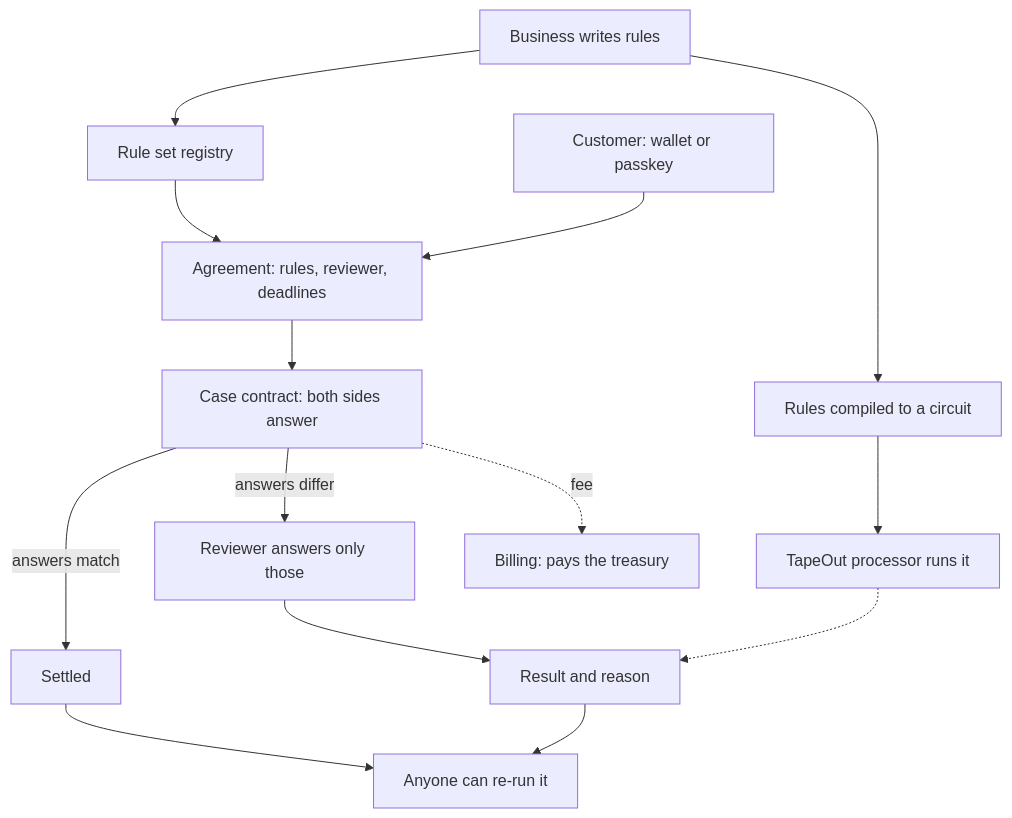
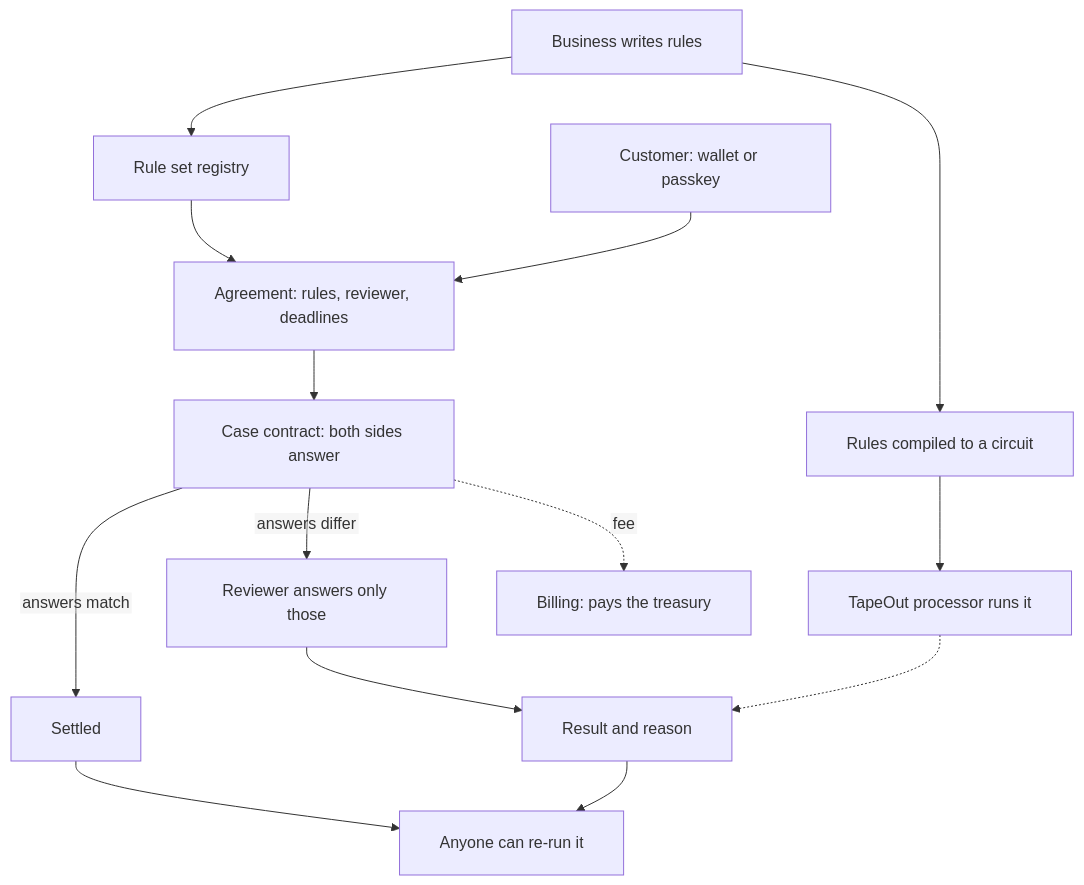
Before and after one commit to samuel025/Lgtie: the diagram in README.md, drawn with Mermaid. The commit also changed other lines of this file, not shown here.

Commit message:
README: SVG-text mermaid settings to stop label clipping; remove roadmap

````diff
--- a/README.md
+++ b/README.md
@@ -54,16 +54,17 @@
 ```mermaid
+%%{init: {"flowchart": {"htmlLabels": false, "padding": 20}, "themeVariables": {"fontFamily": "Arial, Helvetica, sans-serif"}}}%%
 flowchart TD
     B["Business writes rules"] --> C["Rules compiled to a circuit"]
     C --> P["TapeOut processor runs it"]
     B --> RR["Rule set registry"]
     RR --> AR["Agreement: rules, reviewer, deadlines"]
     CU["Customer: wallet or passkey"] --> AR
     AR --> CASE["Case contract: both sides answer"]
     CASE -->|answers match| S["Settled"]
     CASE -->|answers differ| R["Reviewer answers only those"]
     R --> RES["Result and reason"]
     P -.-> RES
     S --> V["Anyone can re-run it"]
     RES --> V
     CASE -.->|fee| BILL["Billing: pays the treasury"]
 ```
````
